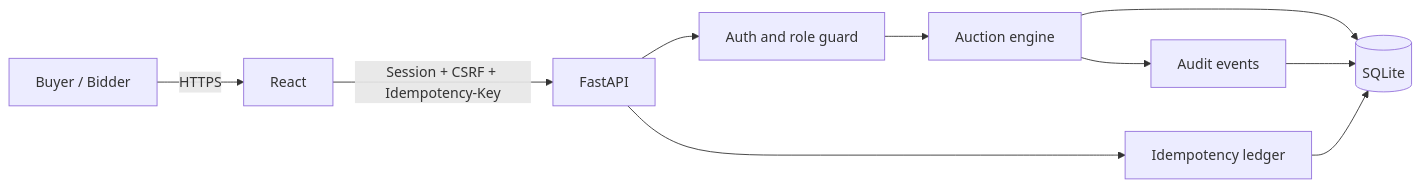
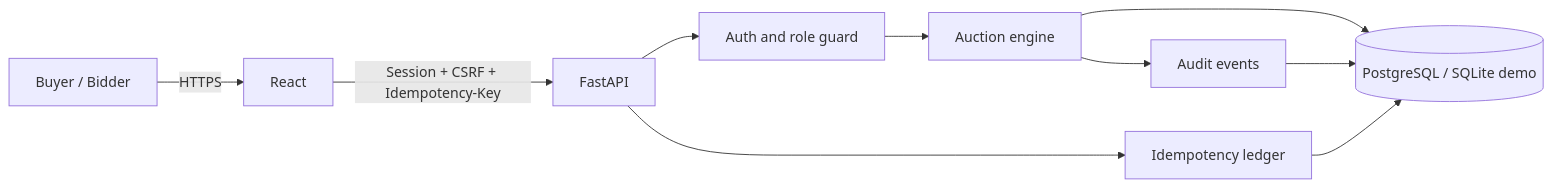
One commit to Autistic-coder/go-comet changed the first of 2 diagrams in README.md. Above: the diagram before and after it, drawn with Mermaid. The commit also changed other lines of this file and 17 other files, not shown here.

````diff
--- a/README.md
+++ b/README.md
@@ -60,12 +65,12 @@
 ```mermaid
 flowchart LR
     U[Buyer / Bidder] -->|HTTPS| R[React]
     R -->|Session + CSRF + Idempotency-Key| A[FastAPI]
     A --> G[Auth and role guard]
     G --> E[Auction engine]
-    E --> D[(SQLite)]
+    E --> D[(PostgreSQL / SQLite demo)]
     E --> L[Audit events]
     A --> I[Idempotency ledger]
     I --> D
     L --> D
 ```
````
